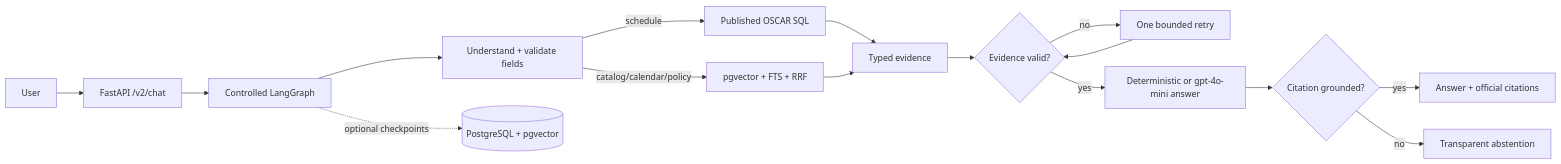
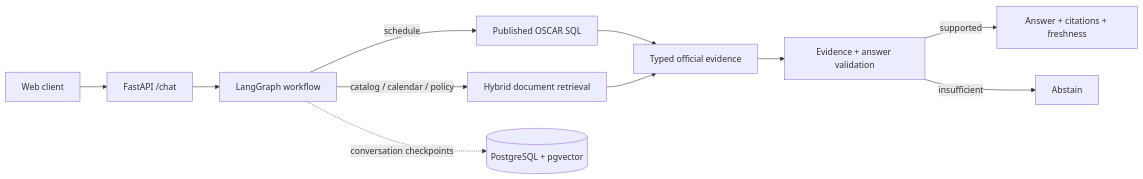
One commit to tkim602/BuzzBot-backend changed the diagram in README.md. Above: the diagram before and after it, drawn with Mermaid. The commit also changed other lines of this file and 298 other files, not shown here.

````diff
--- a/README.md
+++ b/README.md
@@ -18,18 +21,13 @@
 ```mermaid
 flowchart LR
-    User --> API[FastAPI /v2/chat]
-    API --> Graph[Controlled LangGraph]
-    Graph --> Understand[Understand + validate fields]
-    Understand -->|schedule| SQL[Published OSCAR SQL]
-    Understand -->|catalog/calendar/policy| Hybrid[pgvector + FTS + RRF]
-    SQL --> Evidence[Typed evidence]
-    Hybrid --> Evidence
-    Evidence --> Gate{Evidence valid?}
-    Gate -->|no| Retry[One bounded retry]
-    Retry --> Gate
-    Gate -->|yes| Answer[Deterministic or gpt-4o-mini answer]
-    Answer --> Citation{Citation grounded?}
-    Citation -->|yes| Response[Answer + official citations]
-    Citation -->|no| Abstain[Transparent abstention]
-    Graph -. optional checkpoints .-> Postgres[(PostgreSQL + pgvector)]
+    Client[Web client] --> API[FastAPI /chat]
+    API --> Flow[LangGraph workflow]
+    Flow -->|schedule| SQL[Published OSCAR SQL]
+    Flow -->|catalog / calendar / policy| Retrieval[Hybrid document retrieval]
+    SQL --> Evidence[Typed official evidence]
+    Retrieval --> Evidence
+    Evidence --> Validate[Evidence + answer validation]
+    Validate -->|supported| Response[Answer + citations + freshness]
+    Validate -->|insufficient| Abstain[Abstain]
+    Flow -. conversation checkpoints .-> DB[(PostgreSQL + pgvector)]
 ```
````
